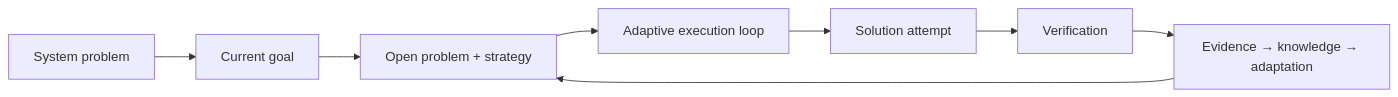
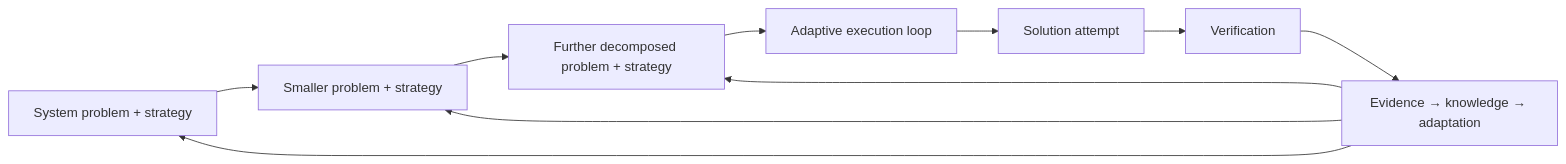
One commit to flooper68/adaptive-problem-solving-systems changed the fifth of 5 diagrams in framework/VISUALIZATION.md. Above: the diagram before and after it, drawn with Mermaid. The commit also changed other lines of this file and 74 other files, not shown here.

````diff
--- a/framework/VISUALIZATION.md
+++ b/framework/VISUALIZATION.md
@@ -111,10 +116,12 @@
 ```mermaid
 flowchart LR
-    problem["System problem"] --> goal["Current goal"]
-    goal --> openProblem["Open problem + strategy"]
-    openProblem --> process["Adaptive execution loop"]
+    problem["System problem + strategy"] --> openProblem["Smaller problem + strategy"]
+    openProblem --> smallerProblem["Further decomposed problem + strategy"]
+    smallerProblem --> process["Adaptive execution loop"]
     process --> attempt["Solution attempt"]
     attempt --> verification["Verification"]
     verification --> learning["Evidence → knowledge → adaptation"]
+    learning --> problem
     learning --> openProblem
+    learning --> smallerProblem
 ```
````
